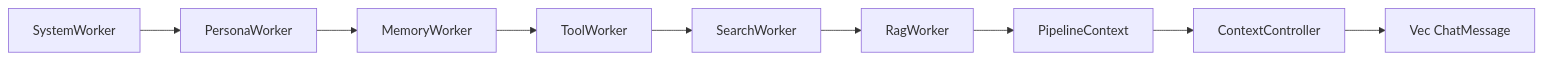
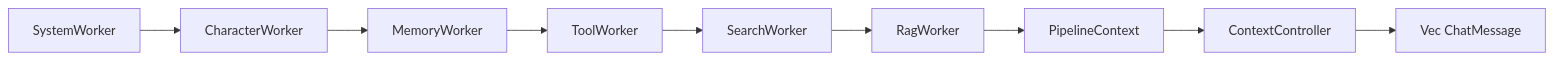
One commit to coco4atJP/Tepora-alpha changed the seventh of 11 diagrams in docs/architecture/ARCHITECTURE.md. Above: the diagram before and after it, drawn with Mermaid. The commit also changed other lines of this file, not shown here.

First line of the commit message:
docs: update ARCHITECTURE.md to match current codebase

````diff
--- a/docs/architecture/ARCHITECTURE.md
+++ b/docs/architecture/ARCHITECTURE.md
@@ -687,11 +688,11 @@
 ```mermaid
 graph LR
-    SYS[SystemWorker] --> PER[PersonaWorker]
-    PER --> MEM[MemoryWorker]
+    SYS[SystemWorker] --> CHAR[CharacterWorker]
+    CHAR --> MEM[MemoryWorker]
     MEM --> TOOL[ToolWorker]
     TOOL --> SEARCH[SearchWorker]
     SEARCH --> RAG[RagWorker]
     RAG --> CTX[PipelineContext]
     CTX --> CTRL[ContextController]
     CTRL --> MSG[Vec ChatMessage]
 ```
````
